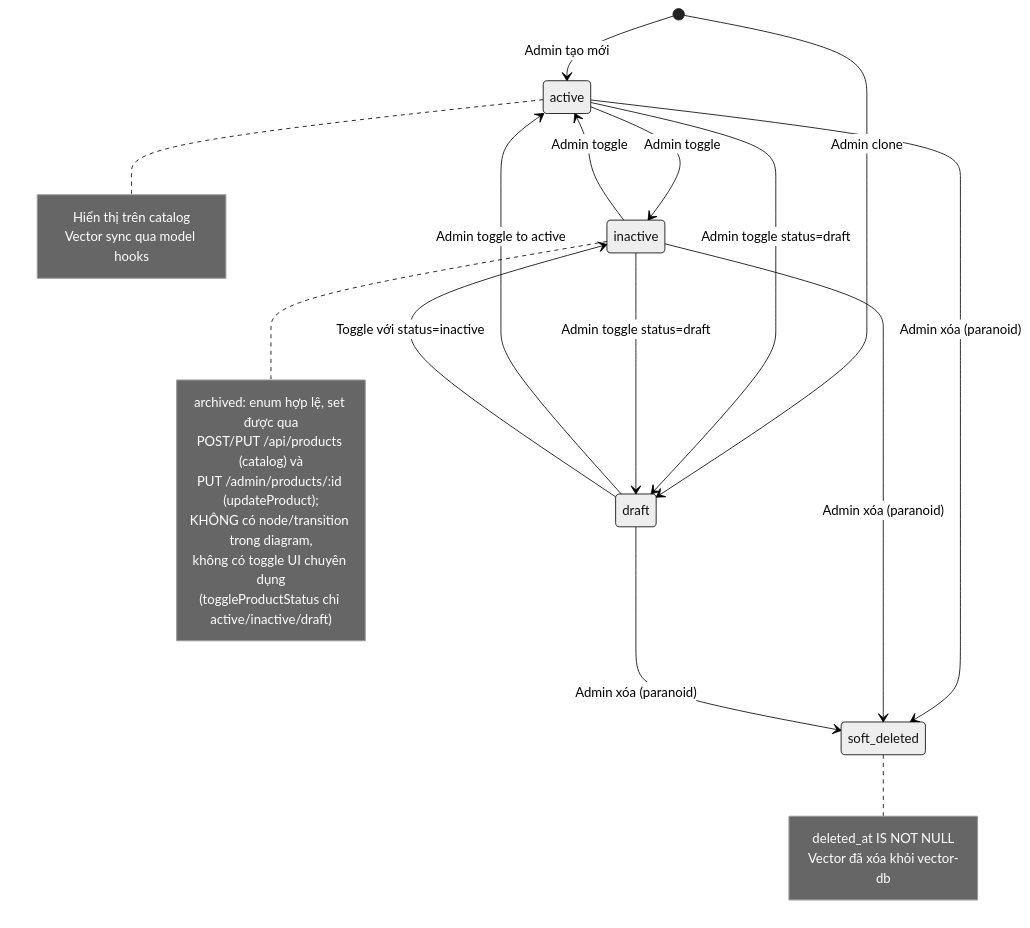
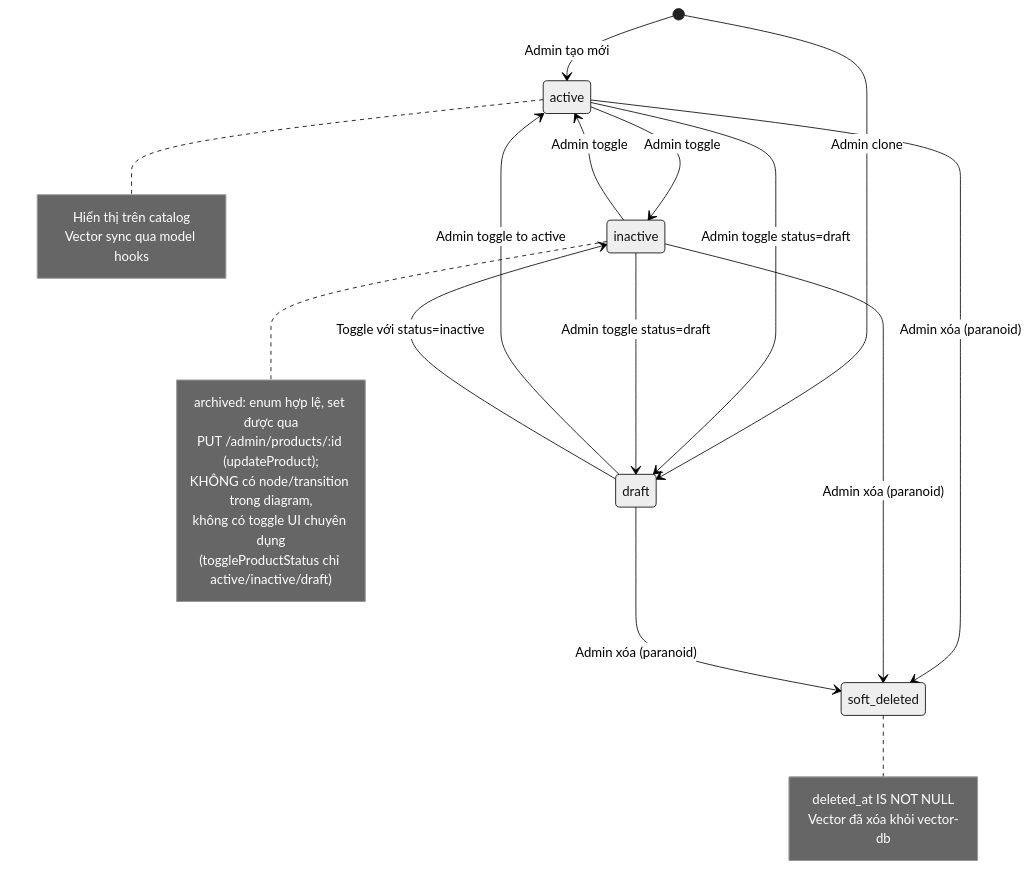
One commit to MinhThang1009/E-commerce-website changed diagram 42 of 47 in DIAGRAMS.md. Above: the diagram before and after it, drawn with Mermaid (neutral theme). The commit also changed other lines of this file and 49 other files, not shown here.

First line of the commit message:
refactor(api): dọn endpoint thừa chatbot + catalog product-write (§C)

````diff
--- a/DIAGRAMS.md
+++ b/DIAGRAMS.md
@@ -1771,44 +1766,43 @@
 ```mermaid
 stateDiagram-v2
     direction TB
     [*] --> active : Admin tạo mới
 
     [*] --> draft : Admin clone
 
     draft --> active : Admin toggle to active
 
     draft --> inactive : Toggle với status=inactive
 
     active --> inactive : Admin toggle
 
     inactive --> active : Admin toggle
 
     active --> draft : Admin toggle status=draft
 
     inactive --> draft : Admin toggle status=draft
 
     active --> soft_deleted : Admin xóa (paranoid)
 
     inactive --> soft_deleted : Admin xóa (paranoid)
 
     draft --> soft_deleted : Admin xóa (paranoid)
 
     note right of active
         Hiển thị trên catalog
         Vector sync qua model hooks
     end note
 
     note right of soft_deleted
         deleted_at IS NOT NULL
         Vector đã xóa khỏi vector-db
     end note
 
     note right of inactive
         archived: enum hợp lệ, set được qua
-        POST/PUT /api/products (catalog) và
         PUT /admin/products/:id (updateProduct);
         KHÔNG có node/transition trong diagram,
         không có toggle UI chuyên dụng
         (toggleProductStatus chỉ active/inactive/draft)
     end note
 ```
````
